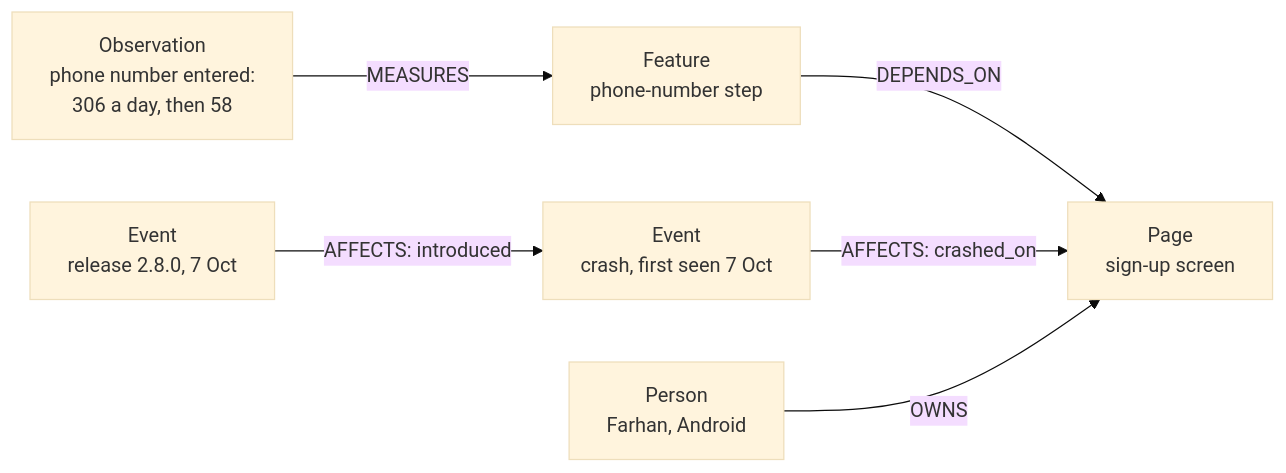
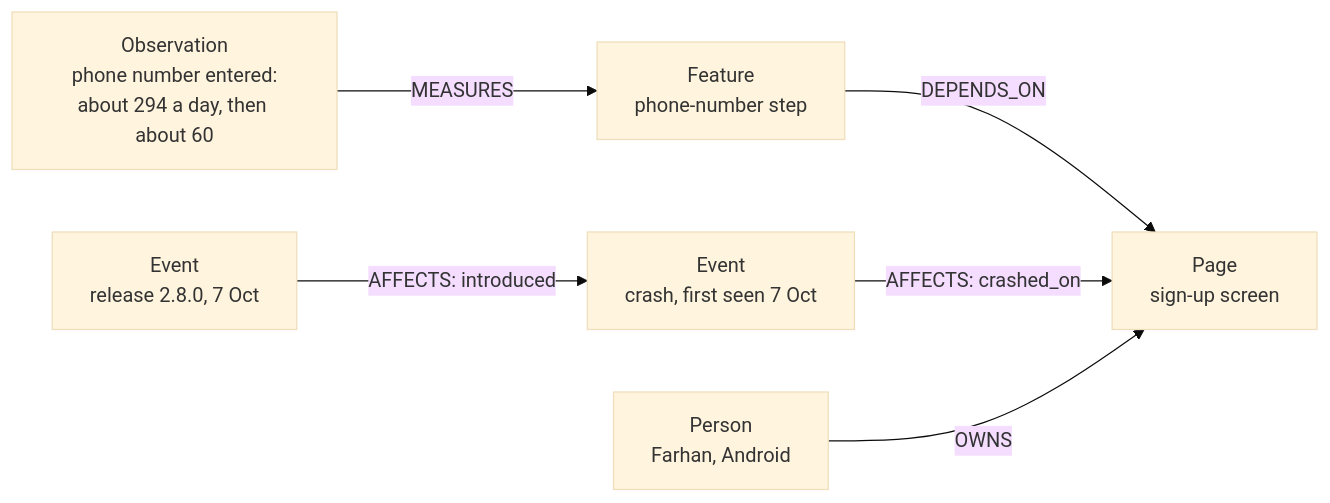
Before and after one commit to Ankit-Vohra/allevia-company-brain: the second of 5 diagrams in README.md, drawn with Mermaid (base theme). The commit also changed other lines of this file and 2 other files, not shown here.

````diff
--- a/README.md
+++ b/README.md
@@ -51,8 +51,8 @@
 ```mermaid
 flowchart LR
-  O["Observation<br/>phone number entered:<br/>306 a day, then 58"] -- MEASURES --> F["Feature<br/>phone-number step"]
+  O["Observation<br/>phone number entered:<br/>about 294 a day, then about 60"] -- MEASURES --> F["Feature<br/>phone-number step"]
   F -- DEPENDS_ON --> P["Page<br/>sign-up screen"]
   C["Event<br/>crash, first seen 7 Oct"] -- "AFFECTS: crashed_on" --> P
   R["Event<br/>release 2.8.0, 7 Oct"] -- "AFFECTS: introduced" --> C
   X["Person<br/>Farhan, Android"] -- OWNS --> P
 ```
````
